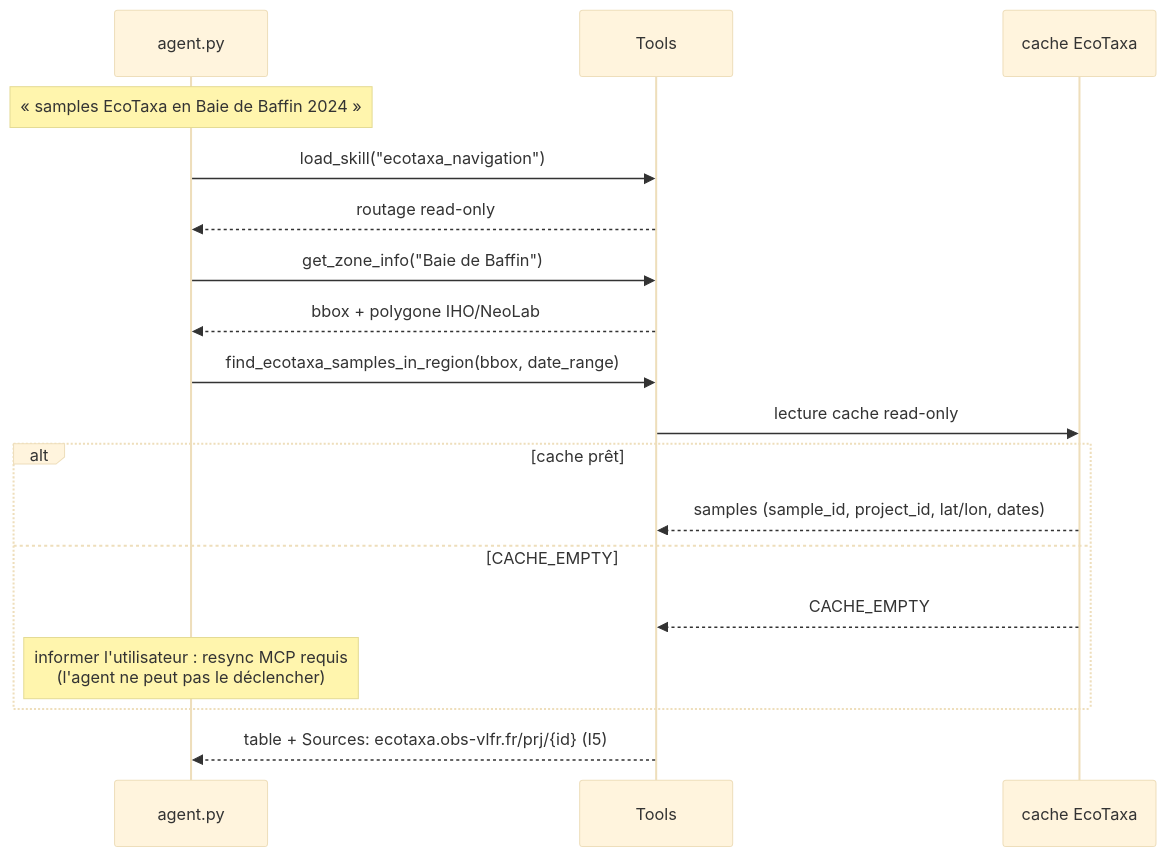
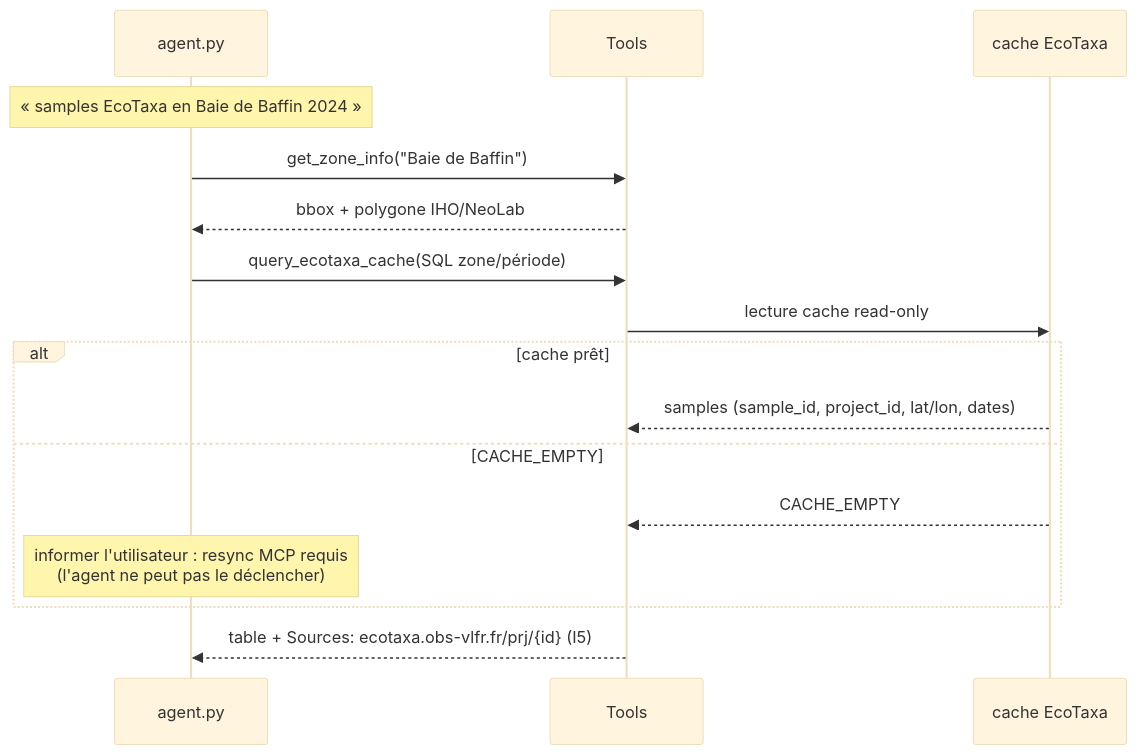
Before and after one commit to TidianeCisse777/IDEA: the fourth of 10 diagrams in SEQUENCES.md, drawn with Mermaid (base theme). The commit also changed other lines of this file and 9 other files, not shown here.

````diff
--- a/SEQUENCES.md
+++ b/SEQUENCES.md
@@ -105,21 +105,19 @@
 ```mermaid
 sequenceDiagram
     participant AG as agent.py
     participant T as Tools
     participant MCP as cache EcoTaxa
 
     Note over AG: « samples EcoTaxa en Baie de Baffin 2024 »
-    AG->>T: load_skill("ecotaxa_navigation")
-    T-->>AG: routage read-only
     AG->>T: get_zone_info("Baie de Baffin")
     T-->>AG: bbox + polygone IHO/NeoLab
-    AG->>T: find_ecotaxa_samples_in_region(bbox, date_range)
+    AG->>T: query_ecotaxa_cache(SQL zone/période)
     T->>MCP: lecture cache read-only
     alt cache prêt
         MCP-->>T: samples (sample_id, project_id, lat/lon, dates)
     else CACHE_EMPTY
         MCP-->>T: CACHE_EMPTY
         Note over AG: informer l'utilisateur : resync MCP requis<br/>(l'agent ne peut pas le déclencher)
     end
     T-->>AG: table + Sources: ecotaxa.obs-vlfr.fr/prj/{id} (I5)
 ```
````
